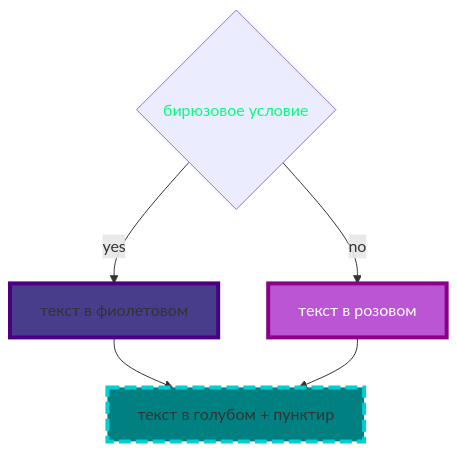
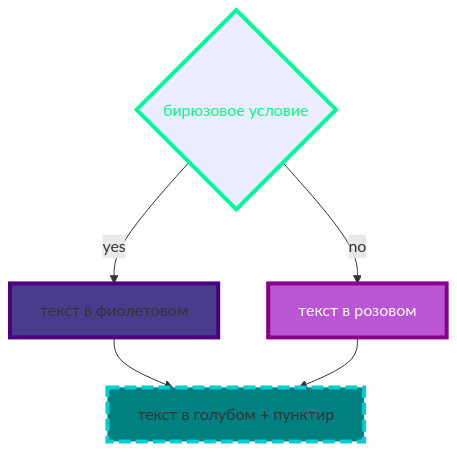
Diagram 13 of 13 in README.md (SofiiaBobr5565/Mermaid_syntax_hints_for_md), drawn with Mermaid before and after one commit.

````diff
--- a/README.md
+++ b/README.md
@@ -131,10 +131,10 @@
 ```mermaid
 flowchart TB
-    style b color:SpringGreen
+    style b color:SpringGreen,stroke:MediumSpringGreen,stroke-width:4px
     style i1 fill:#483D8B,stroke:#4B0082,stroke-width:4px
     style i2 fill:#BA55D3,stroke:DarkMagenta,stroke-width:4px,color:#FFFFFF
     style i3 fill:#008080,stroke:#00CED1,stroke-width:4px,stroke-dasharray: 12 5
     b{бирюзовое условие}
     b--> |yes|i1["текст в фиолетовом"]--> i3["текст в голубом + пунктир"]
     b--> |no|i2["текст в розовом"]--> i3
 ```  
````
